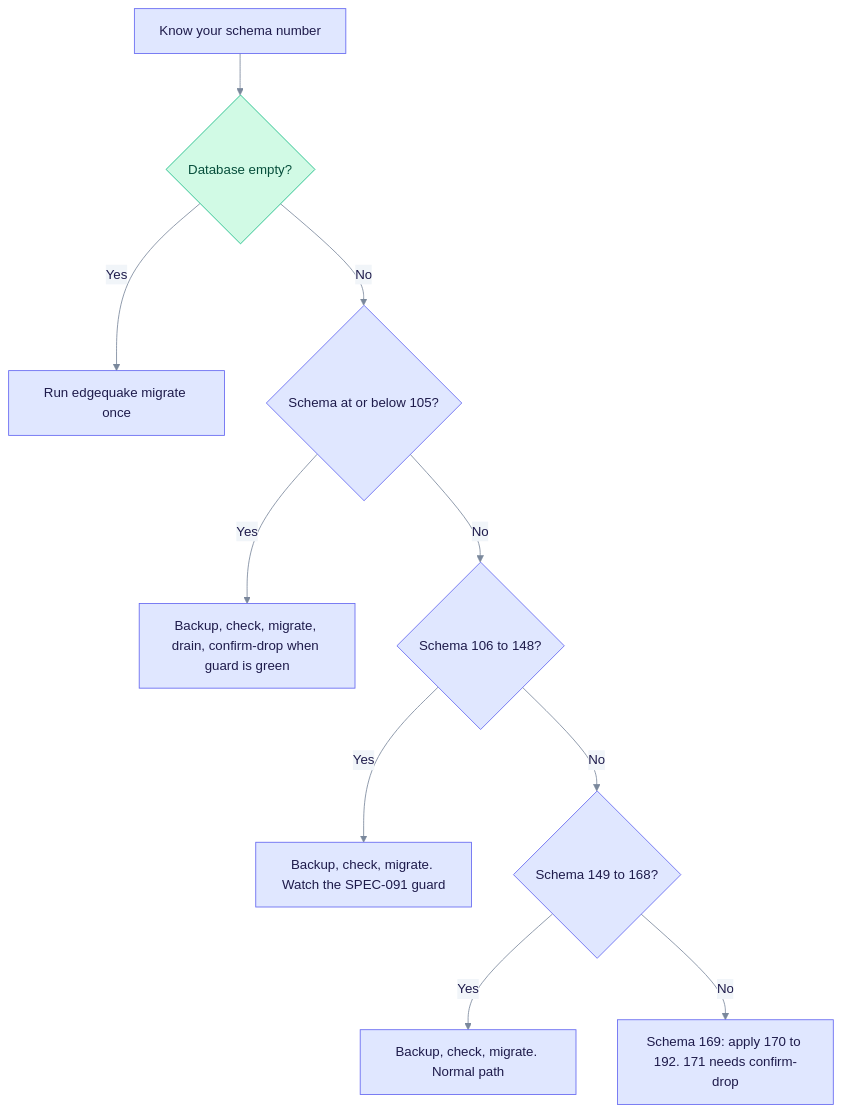
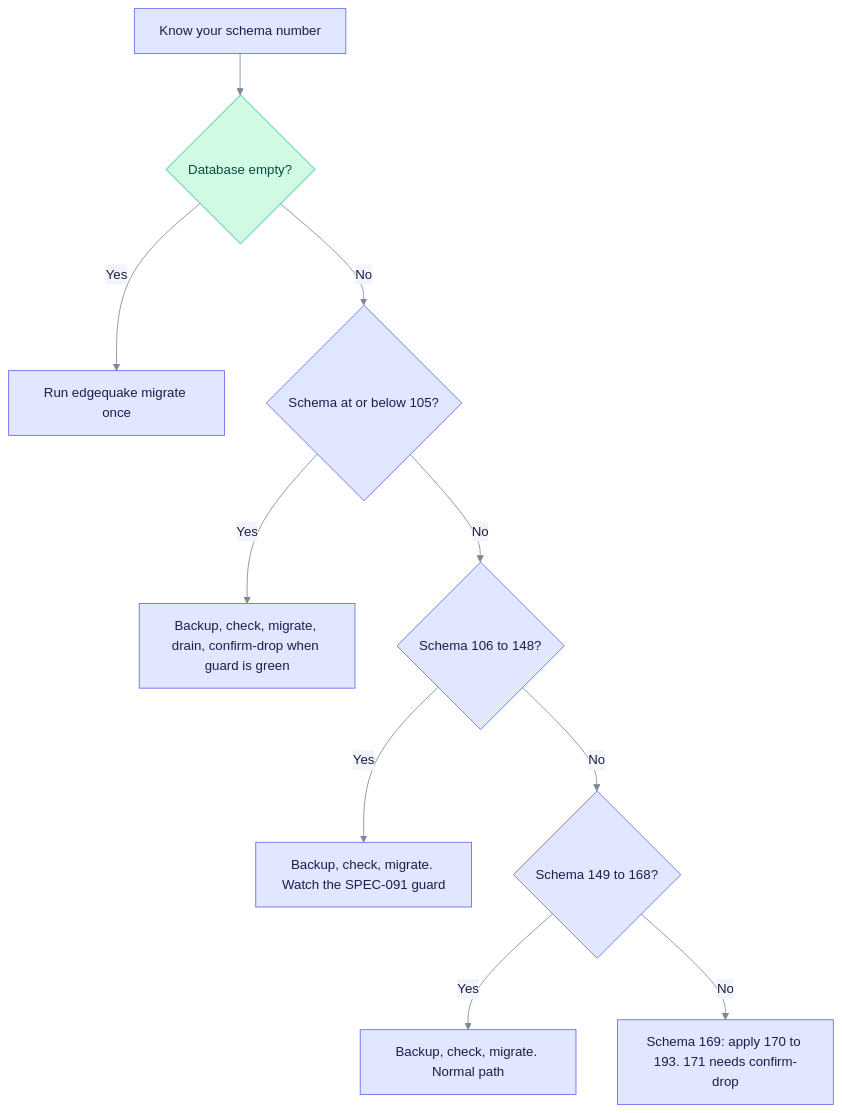
The first of 3 diagrams in docs/operations/upgrading.md (YatchiYa/edgequake), drawn with Mermaid before and after one commit. The commit also changed other lines of this file and 16 other files, not shown here.

````diff
--- a/docs/operations/upgrading.md
+++ b/docs/operations/upgrading.md
@@ -24,17 +24,17 @@
 ```mermaid
 %%{init: {"theme":"base","themeVariables":{"primaryColor":"#E0E7FF","primaryBorderColor":"#6366F1","primaryTextColor":"#1E1B4B","secondaryColor":"#D1FAE5","secondaryBorderColor":"#10B981","secondaryTextColor":"#064E3B","tertiaryColor":"#FEF3C7","tertiaryBorderColor":"#F59E0B","tertiaryTextColor":"#6B7A90","lineColor":"#7A889C","clusterBkg":"rgba(99,102,241,0.07)","clusterBorder":"#A5B4FC","noteBkgColor":"#FEF9C3","noteTextColor":"#422006","textColor":"#6B7A90","titleColor":"#6B7A90","signalColor":"#7A889C","signalTextColor":"#6B7A90","loopTextColor":"#6B7A90","edgeLabelBackground":"#F1F5F9","actorLineColor":"#94A3B8"}}}%%
 %% eq-theme:v1
 flowchart TD
   A["Know your schema number"] --> B{"Database empty?"}
   B -->|Yes| C["Run edgequake migrate once"]
   B -->|No| D{"Schema at or below 105?"}
   D -->|Yes| E["Backup, check, migrate, drain, confirm-drop when guard is green"]
   D -->|No| F{"Schema 106 to 148?"}
   F -->|Yes| G["Backup, check, migrate. Watch the SPEC-091 guard"]
   F -->|No| H{"Schema 149 to 168?"}
   H -->|Yes| I["Backup, check, migrate. Normal path"]
-  H -->|No| J["Schema 169: apply 170 to 192. 171 needs confirm-drop"]
+  H -->|No| J["Schema 169: apply 170 to 193. 171 needs confirm-drop"]
 %% eq-classes
 classDef eqStore fill:#D1FAE5,stroke:#10B981,color:#064E3B
 class B eqStore
 ```
````
